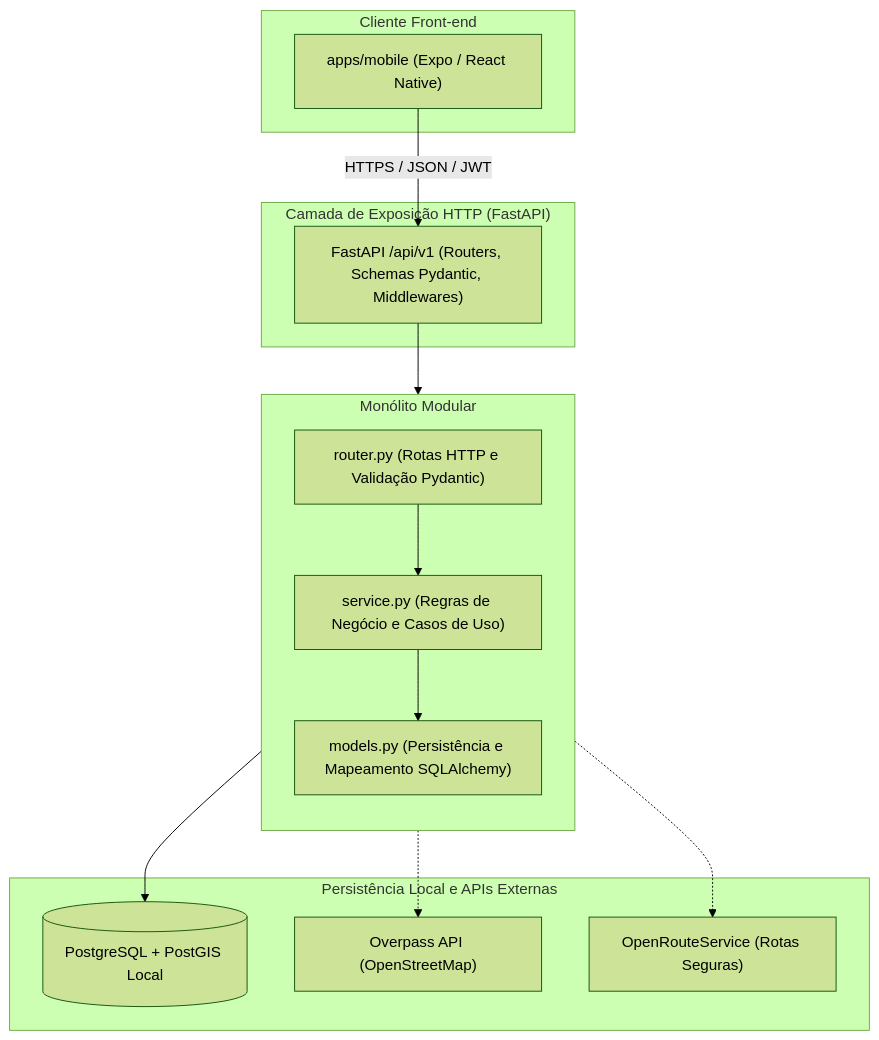
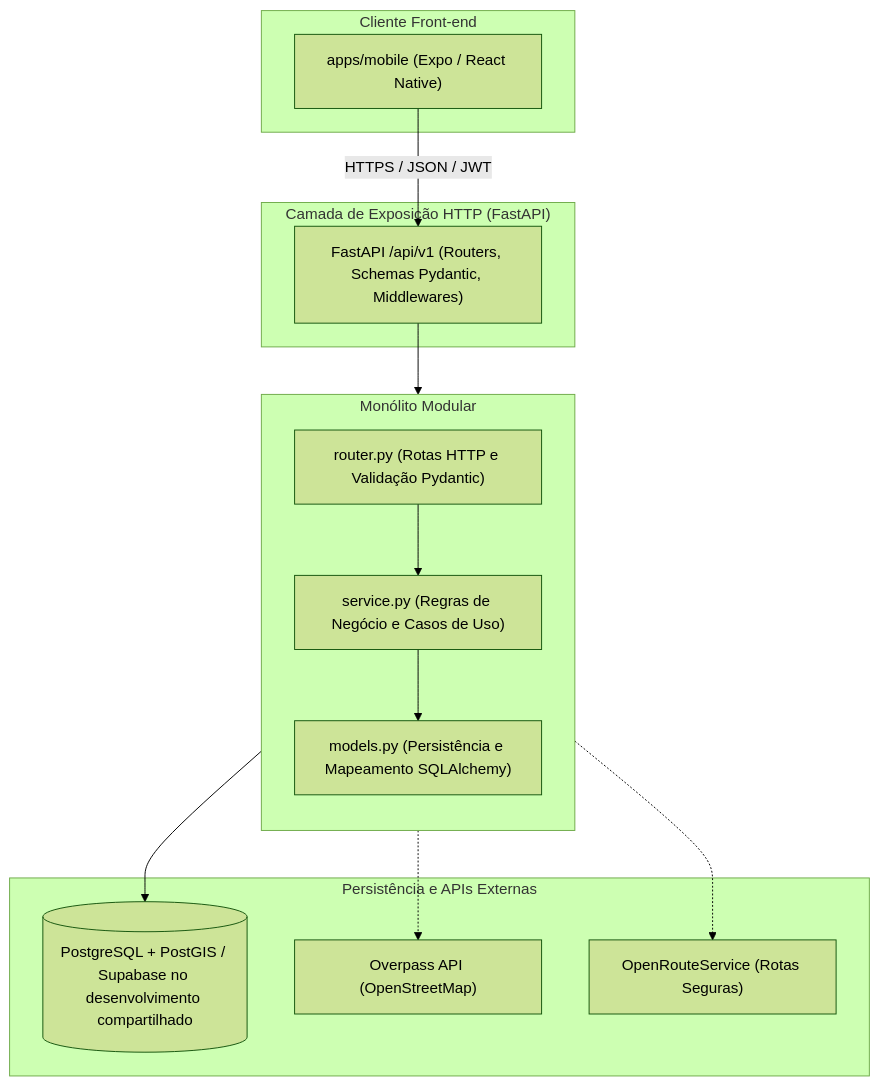
One commit to ProtegEla/ProtegEla changed the diagram in docs/architecture.md. Above: the diagram before and after it, drawn with Mermaid (forest theme). The commit also changed other lines of this file and 3 other files, not shown here.

````diff
--- a/docs/architecture.md
+++ b/docs/architecture.md
@@ -13,31 +13,31 @@
 ```mermaid
 graph TD
     subgraph Clientes ["Cliente Front-end"]
         Mobile["apps/mobile (Expo / React Native)"]
     end
 
     subgraph BackendGateway ["Camada de Exposição HTTP (FastAPI)"]
         API["FastAPI /api/v1 (Routers, Schemas Pydantic, Middlewares)"]
     end
 
     subgraph Modulos ["Monólito Modular"]
         direction TB
         Routers["router.py (Rotas HTTP e Validação Pydantic)"]
         Services["service.py (Regras de Negócio e Casos de Uso)"]
         Models["models.py (Persistência e Mapeamento SQLAlchemy)"]
         Routers --> Services
         Services --> Models
     end
 
-    subgraph DadosEExternos ["Persistência Local e APIs Externas"]
-        DB[(PostgreSQL + PostGIS Local)]
+    subgraph DadosEExternos ["Persistência e APIs Externas"]
+        DB[(PostgreSQL + PostGIS / Supabase no desenvolvimento compartilhado)]
         OSM["Overpass API (OpenStreetMap)"]
         ORS["OpenRouteService (Rotas Seguras)"]
     end
 
     Mobile -->|HTTPS / JSON / JWT| API
     API --> Routers
     Models --> DB
     Services -.-> OSM
     Services -.-> ORS
 ```
````
